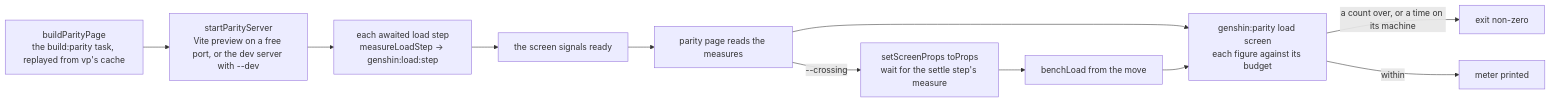
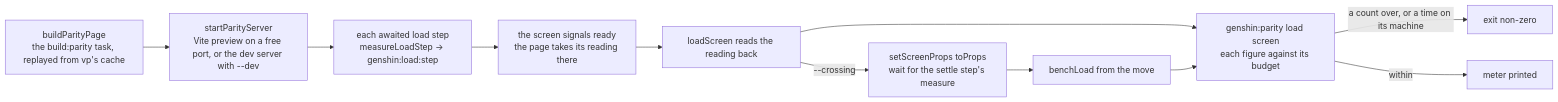
The diagram in openspec/specs/genshin/load-budget/design.md (Esposter/Esposter), drawn with Mermaid before and after one commit. The commit also changed other lines of this file and 86 other files, not shown here.

````diff
--- a/openspec/specs/genshin/load-budget/design.md
+++ b/openspec/specs/genshin/load-budget/design.md
@@ -37,13 +37,13 @@
 ```mermaid
 flowchart LR
   BUILD["buildParityPage<br/>the build:parity task, replayed from vp's cache"] --> PREVIEW["startParityServer<br/>Vite preview on a free port, or the dev server with --dev"]
   PREVIEW --> STEP["each awaited load step<br/>measureLoadStep → genshin:load:step"]
-  STEP --> READY["the screen signals ready"]
-  READY --> READ["parity page reads the measures"]
+  STEP --> READY["the screen signals ready<br/>the page takes its reading there"]
+  READY --> READ["loadScreen reads the reading back"]
   READ --> METER["genshin:parity load screen<br/>each figure against its budget"]
   READ -->|--crossing| MOVE["setScreenProps toProps<br/>wait for the settle step's measure"]
   MOVE --> CROSS["benchLoad from the move"]
   CROSS --> METER
   METER -->|a count over, or a time on its machine| FAIL["exit non-zero"]
   METER -->|within| PASS["meter printed"]
 ```
````
